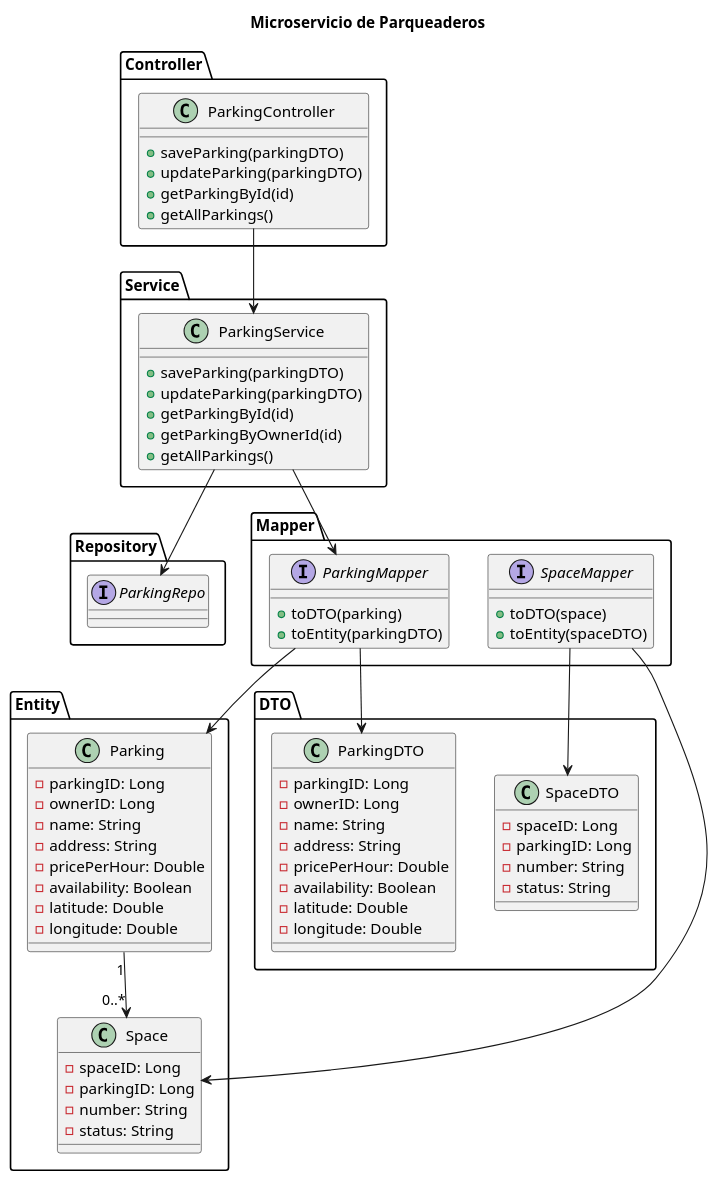
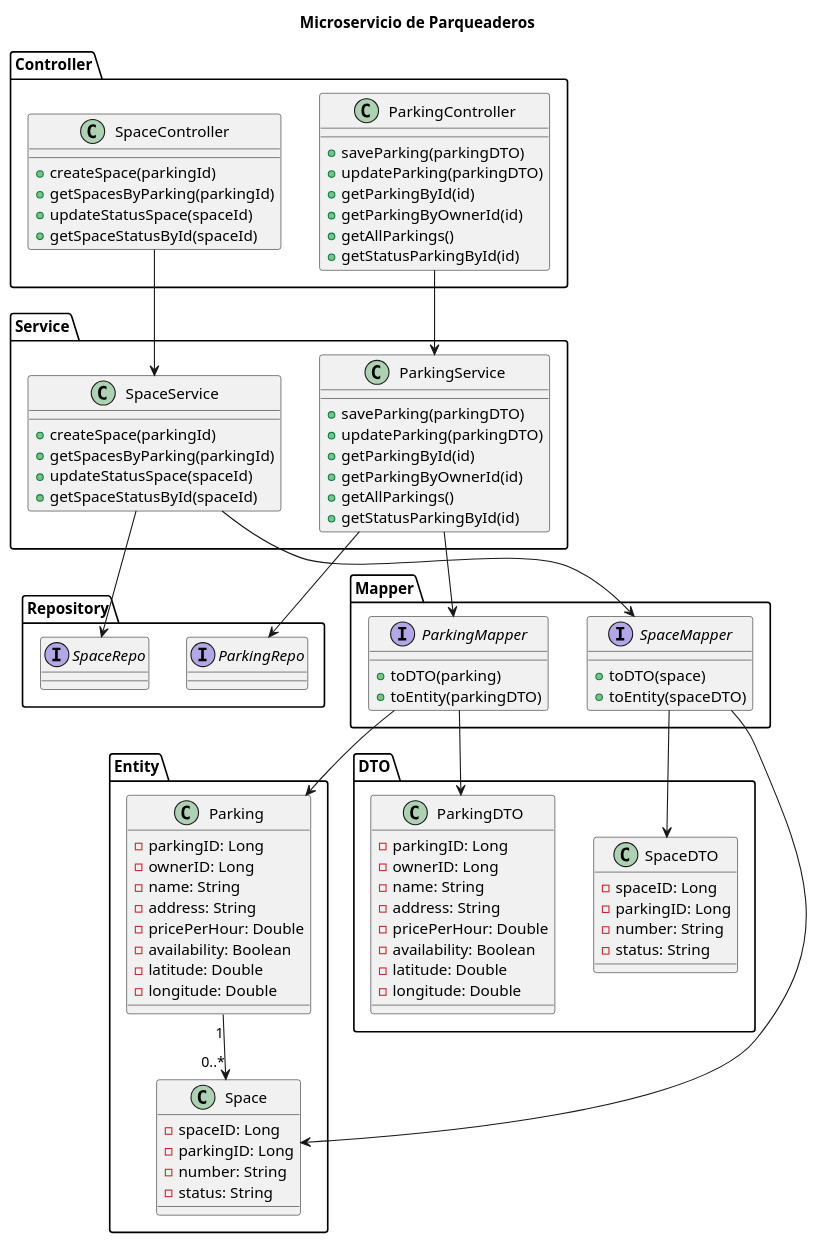
One commit to JordiGD/EasyPark changed the diagram in parking/Diagrama.md. Above: the diagram before and after it, drawn with PlantUML. The commit also changed 35 other files, not shown here.

```diff
--- a/parking/Diagrama.md
+++ b/parking/Diagrama.md
@@ -9,7 +9,15 @@
     + saveParking(parkingDTO)
     + updateParking(parkingDTO)
     + getParkingById(id)
+    + getParkingByOwnerId(id)
     + getAllParkings()
+    + getStatusParkingById(id)
+  }
+  class SpaceController {
+    + createSpace(parkingId)
+    + getSpacesByParking(parkingId)
+    + updateStatusSpace(spaceId)
+    + getSpaceStatusById(spaceId)
   }
 }
 
@@ -23,6 +31,13 @@
     + getParkingById(id)
     + getParkingByOwnerId(id)
     + getAllParkings()
+    + getStatusParkingById(id)
+  }
+  class SpaceService {
+    + createSpace(parkingId)
+    + getSpacesByParking(parkingId)
+    + updateStatusSpace(spaceId)
+    + getSpaceStatusById(spaceId)
   }
 }
 
@@ -31,6 +46,7 @@
 ' =========================
 package "Repository" {
   interface ParkingRepo
+  interface SpaceRepo
 }
 
 ' =========================
@@ -100,12 +116,15 @@
 
 ' Controller -> Service
 ParkingController --> ParkingService
+SpaceController --> SpaceService
 
 ' Service -> Repo
 ParkingService --> ParkingRepo
+SpaceService --> SpaceRepo
 
 ' Service -> Mapper
 ParkingService --> ParkingMapper
+SpaceService --> SpaceMapper
 
 ' Mapper -> Entity / DTO
 ParkingMapper --> Parking
```
